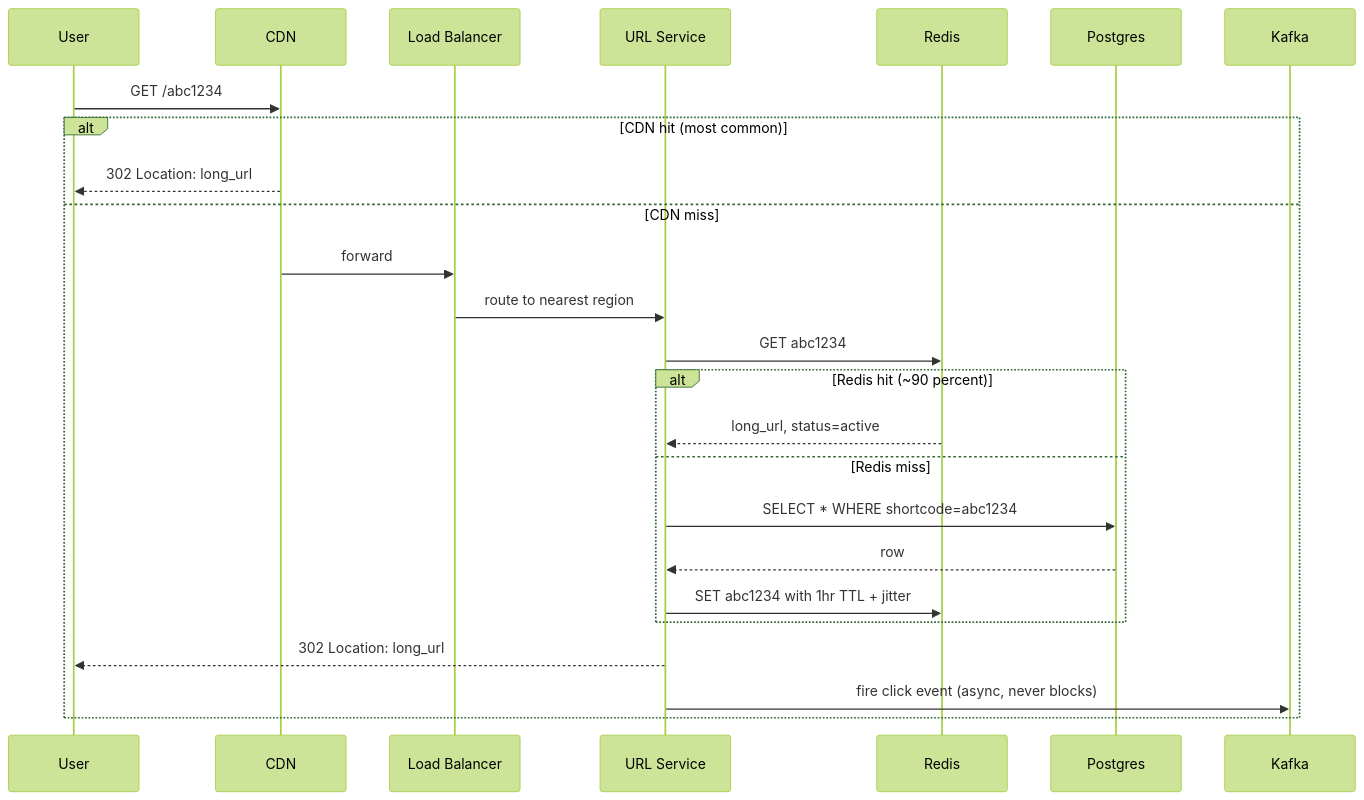
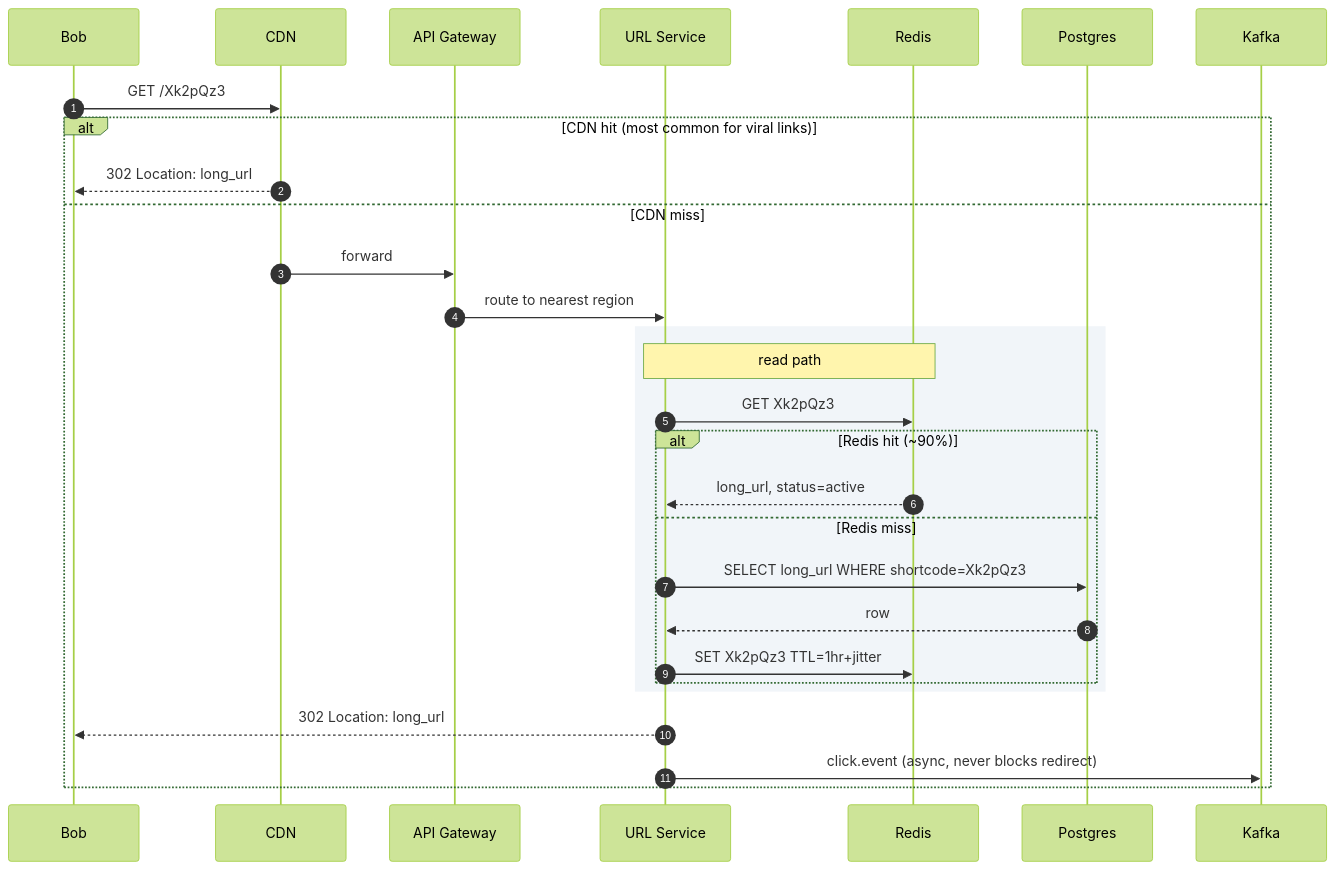
The fourth of 5 diagrams in problems/001-url-shortener/solution.md (shiningflash/system-design), drawn with Mermaid (forest theme) before and after one commit. The commit also changed other lines of this file and 38 other files, not shown here.

````diff
--- a/problems/001-url-shortener/solution.md
+++ b/problems/001-url-shortener/solution.md
@@ -202,28 +242,34 @@
 ```mermaid
 sequenceDiagram
-  participant U as User
-  participant CDN
-  participant LB as Load Balancer
-  participant SVC as URL Service
-  participant R as Redis
-  participant DB as Postgres
-  participant K as Kafka
+    autonumber
+    participant Bob
+    participant CDN
+    participant GW as API Gateway
+    participant S as URL Service
+    participant R as Redis
+    participant DB as Postgres
+    participant K as Kafka
 
-  U->>CDN: GET /abc1234
-  alt CDN hit (most common)
-    CDN-->>U: 302 Location: long_url
-  else CDN miss
-    CDN->>LB: forward
-    LB->>SVC: route to nearest region
-    SVC->>R: GET abc1234
-    alt Redis hit (~90 percent)
-      R-->>SVC: long_url, status=active
-    else Redis miss
-      SVC->>DB: SELECT * WHERE shortcode=abc1234
-      DB-->>SVC: row
-      SVC->>R: SET abc1234 with 1hr TTL + jitter
+    Bob->>CDN: GET /Xk2pQz3
+    alt CDN hit (most common for viral links)
+        CDN-->>Bob: 302 Location: long_url
+    else CDN miss
+        CDN->>GW: forward
+        GW->>S: route to nearest region
+
+        rect rgb(241, 245, 249)
+            Note over S,R: read path
+            S->>R: GET Xk2pQz3
+            alt Redis hit (~90%)
+                R-->>S: long_url, status=active
+            else Redis miss
+                S->>DB: SELECT long_url WHERE shortcode=Xk2pQz3
+                DB-->>S: row
+                S->>R: SET Xk2pQz3 TTL=1hr+jitter
+            end
+        end
+
+        S-->>Bob: 302 Location: long_url
+        S->>K: click.event (async, never blocks redirect)
     end
-    SVC-->>U: 302 Location: long_url
-    SVC->>K: fire click event (async, never blocks)
-  end
 ```
````
